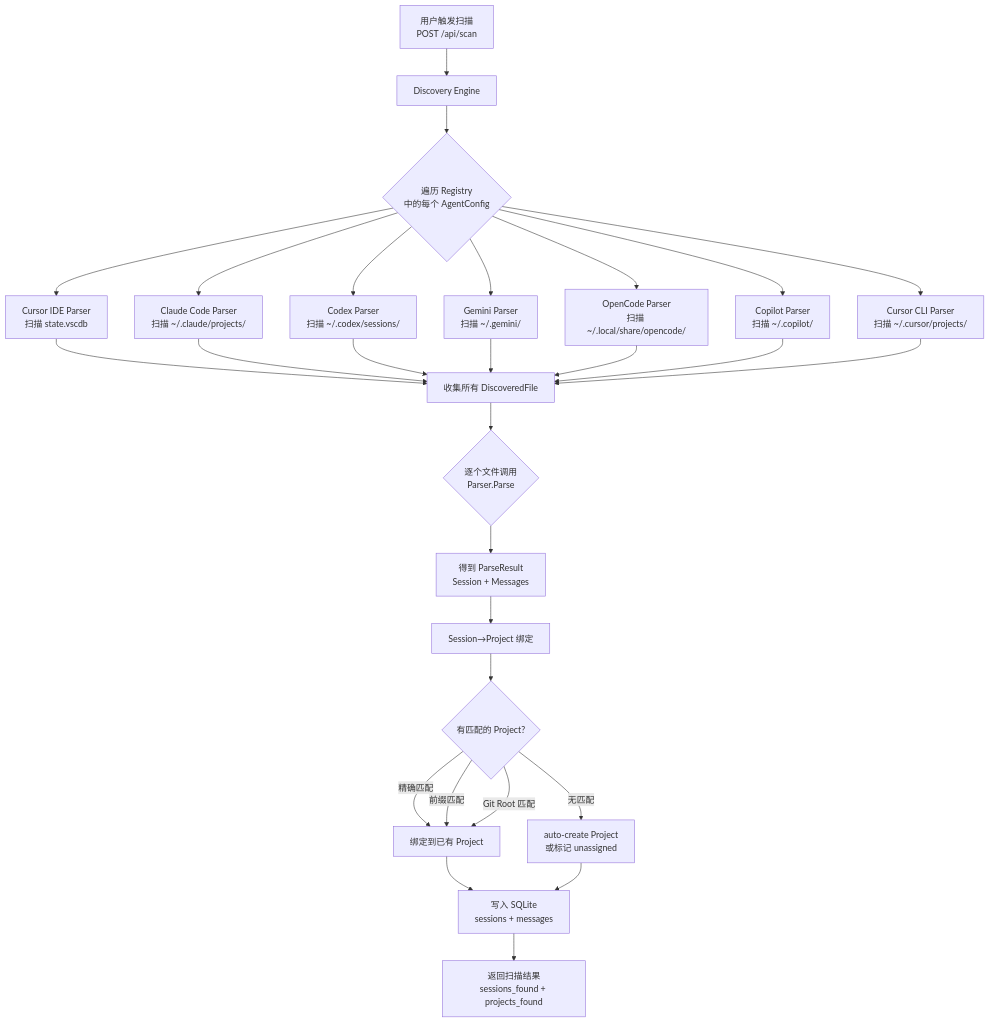
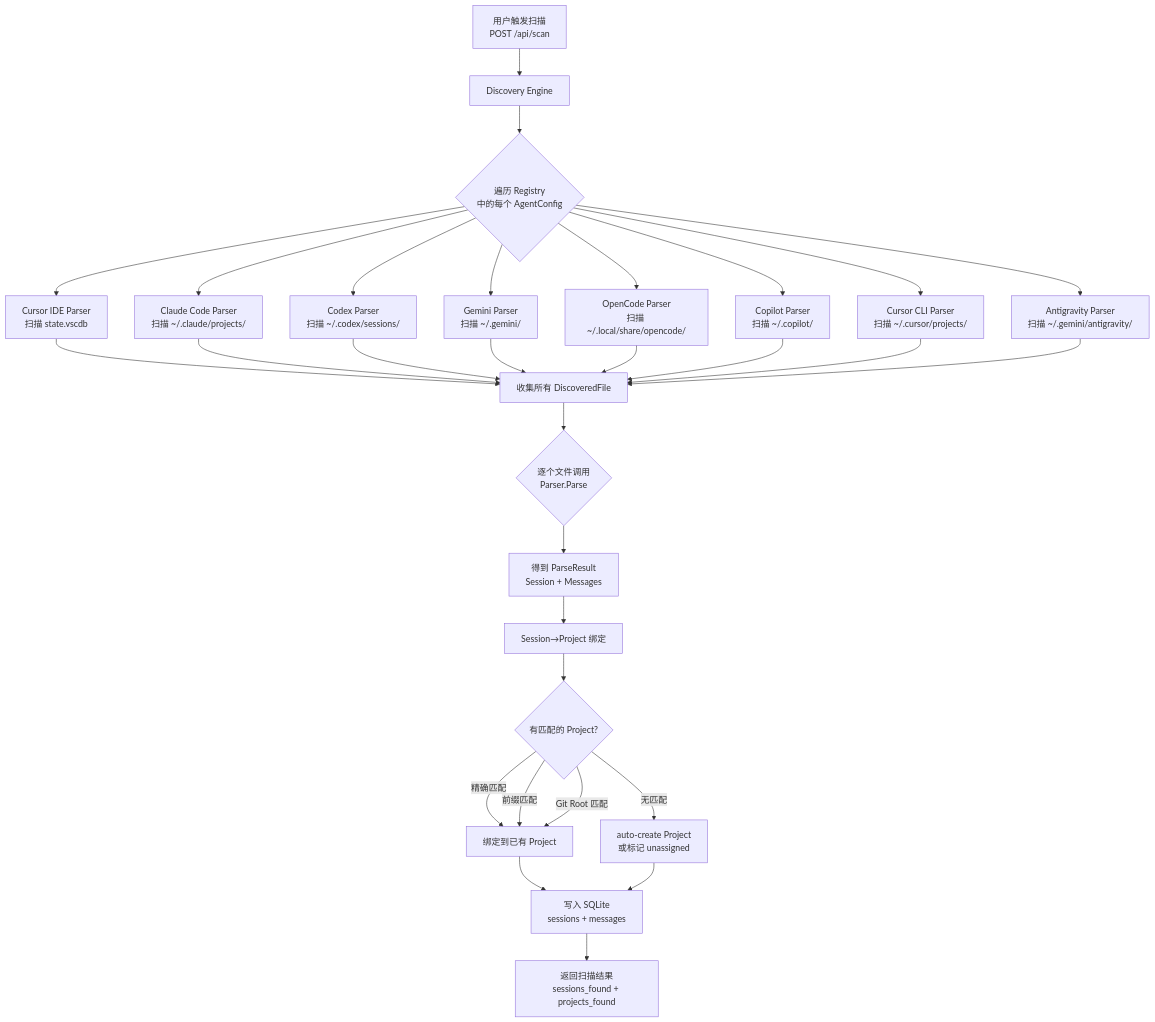
The first of 6 diagrams in docs/ARCHITECTURE.md (kuk1song/slashstage), drawn with Mermaid before and after one commit. The commit also changed other lines of this file and 15 other files, not shown here.

First line of the commit message:
feat: add antigravity parser, session export, parser improvements

````diff
--- a/docs/ARCHITECTURE.md
+++ b/docs/ARCHITECTURE.md
@@ -135,32 +139,34 @@
 ```mermaid
 flowchart TD
     A[用户触发扫描<br>POST /api/scan] --> B[Discovery Engine]
     B --> C{遍历 Registry<br>中的每个 AgentConfig}
     C --> D1[Cursor IDE Parser<br>扫描 state.vscdb]
     C --> D2[Claude Code Parser<br>扫描 ~/.claude/projects/]
     C --> D3[Codex Parser<br>扫描 ~/.codex/sessions/]
     C --> D4[Gemini Parser<br>扫描 ~/.gemini/]
     C --> D5[OpenCode Parser<br>扫描 ~/.local/share/opencode/]
     C --> D6[Copilot Parser<br>扫描 ~/.copilot/]
     C --> D7[Cursor CLI Parser<br>扫描 ~/.cursor/projects/]
+    C --> D8[Antigravity Parser<br>扫描 ~/.gemini/antigravity/]
 
     D1 --> E[收集所有 DiscoveredFile]
     D2 --> E
     D3 --> E
     D4 --> E
     D5 --> E
     D6 --> E
     D7 --> E
+    D8 --> E
 
     E --> F{逐个文件调用<br>Parser.Parse}
     F --> G[得到 ParseResult<br>Session + Messages]
     G --> H[Session→Project 绑定]
     H --> I{有匹配的 Project?}
     I -->|精确匹配| J[绑定到已有 Project]
     I -->|前缀匹配| J
     I -->|Git Root 匹配| J
     I -->|无匹配| K[auto-create Project<br>或标记 unassigned]
     J --> L[写入 SQLite<br>sessions + messages]
     K --> L
     L --> M[返回扫描结果<br>sessions_found + projects_found]
 ```
````
